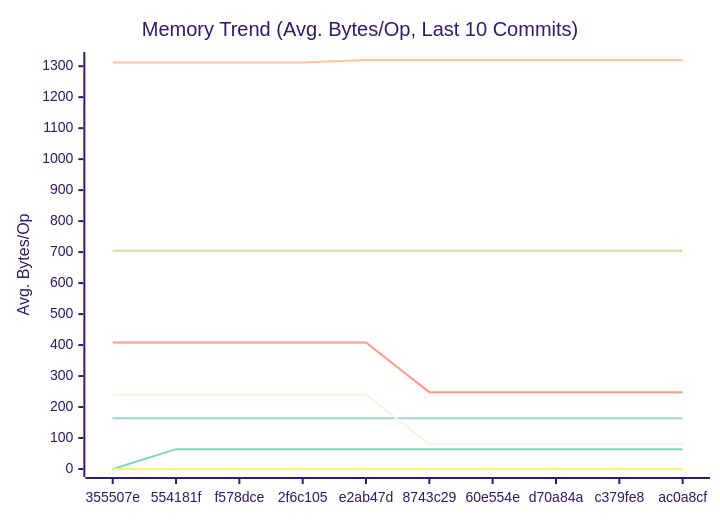
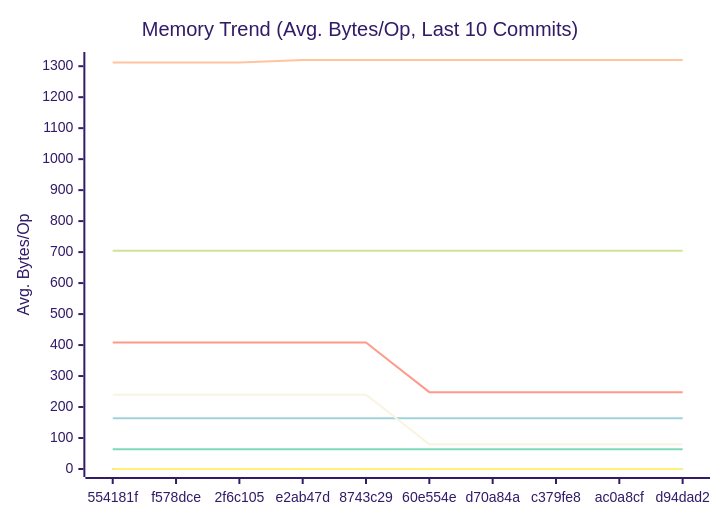
Before and after one commit to alsotoes/momo: the second of 3 diagrams in docs/PERFORMANCE.md, drawn with Mermaid (forest theme). The commit also changed other lines of this file and 3 other files, not shown here.

````diff
--- a/docs/PERFORMANCE.md
+++ b/docs/PERFORMANCE.md
@@ -152,18 +152,18 @@
 ```mermaid
 xychart-beta
     title "Memory Trend (Avg. Bytes/Op, Last 10 Commits)"
     x-axis "Commit"
     y-axis "Avg. Bytes/Op"
-    x-axis [355507e,554181f,f578dce,2f6c105,e2ab47d,8743c29,60e554e,d70a84a,c379fe8,ac0a8cf]
+    x-axis [554181f,f578dce,2f6c105,e2ab47d,8743c29,60e554e,d70a84a,c379fe8,ac0a8cf,d94dad2]
     line "CheckMetricsAndSwap" [0,0,0,0,0,0,0,0,0,0]
     line "CrushOptimized" [0,0,0,0,0,0,0,0,0,0]
     line "CrushOriginal" [164,164,164,164,164,164,164,164,164,164]
     line "IndexDirectTracking" [0,0,0,0,0,0,0,0,0,0]
     line "IndexSearch" [0,0,0,0,0,0,0,0,0,0]
-    line "LoadGlobalConfig" [1312,1312,1312,1312,1320,1320,1320,1320,1320,1320]
-    line "PadString" [0,64,64,64,64,64,64,64,64,64]
+    line "LoadGlobalConfig" [1312,1312,1312,1320,1320,1320,1320,1320,1320,1320]
+    line "PadString" [64,64,64,64,64,64,64,64,64,64]
     line "ParseReplicationOrder_NoPrealloc" [408,408,408,408,408,248,248,248,248,248]
     line "ParseReplicationOrder_Prealloc" [240,240,240,240,240,80,80,80,80,80]
     line "SanitizeLog/Safe" [0,0,0,0,0,0,0,0,0,0]
     line "SanitizeLog/Unsafe" [704,704,704,704,704,704,704,704,704,704]
 ```
````
